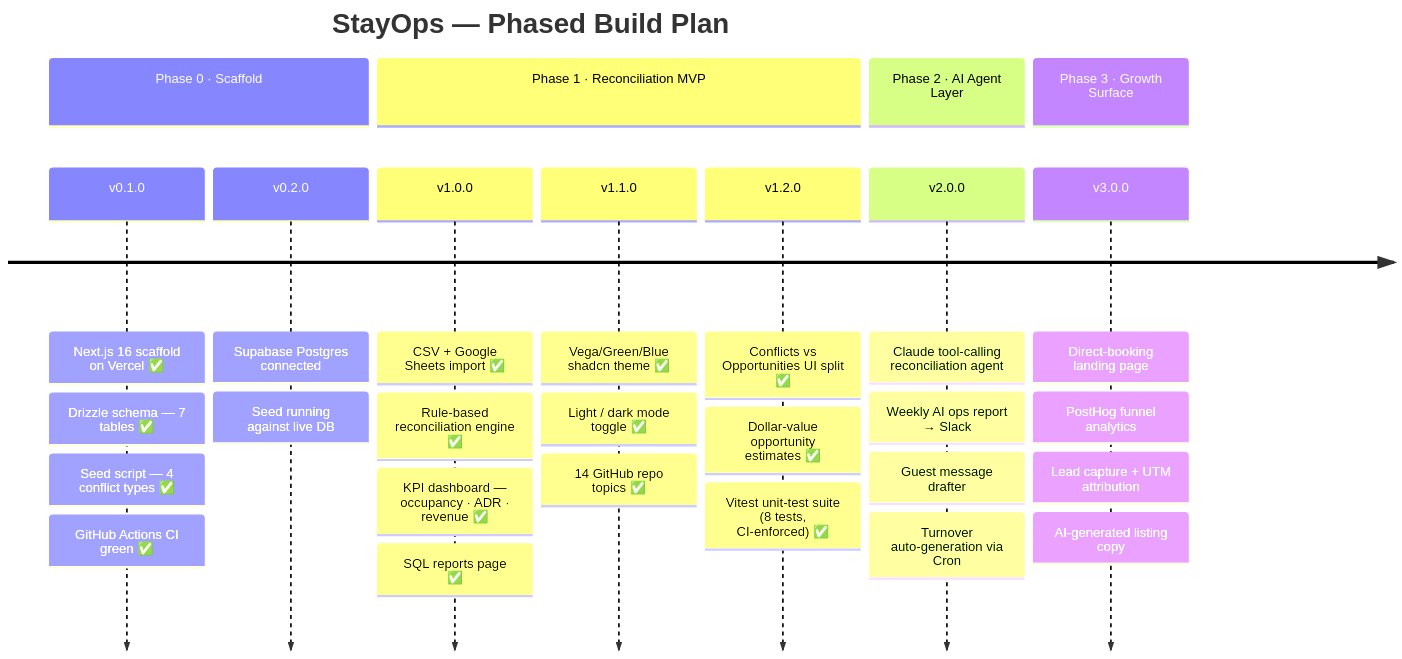
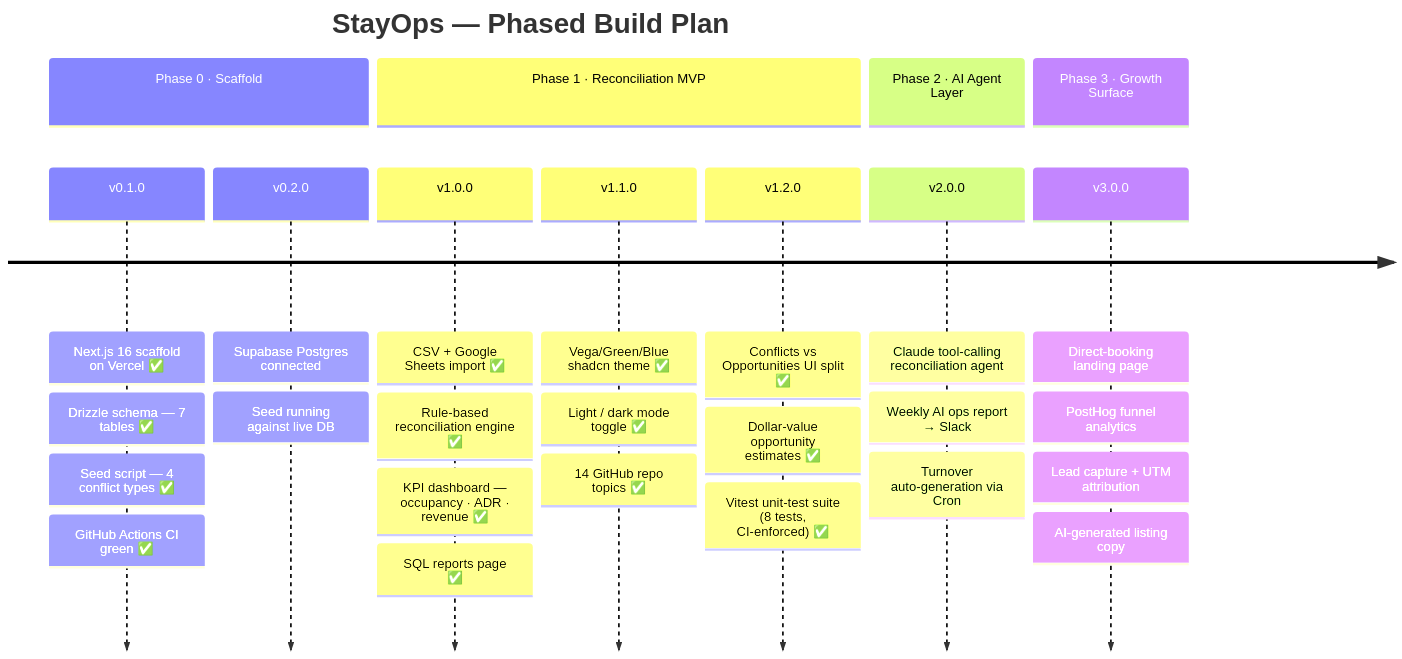
Before and after one commit to deepan-mehta-analytics/stayops: the second of 2 diagrams in README.md, drawn with Mermaid.

Commit message:
docs: closeout sweep — remove stale v2.0.0 feature, sync PROJECT-STATUS.md
README: remove 'Guest message drafter' from v2.0.0 Mermaid timeline (not in spec).
PROJECT-STATUS: update last-commit hash, add v1.1.0/v1.2.0 to roadmap,
add npm test + reset:flags to scripts table, Phase 2 notes updated with plan status.

````diff
--- a/README.md
+++ b/README.md
@@ -471,32 +471,31 @@
 ```mermaid
 timeline
     title StayOps — Phased Build Plan
     section Phase 0 · Scaffold
         v0.1.0 : Next.js 16 scaffold on Vercel ✅
                : Drizzle schema — 7 tables ✅
                : Seed script — 4 conflict types ✅
                : GitHub Actions CI green ✅
         v0.2.0 : Supabase Postgres connected
                : Seed running against live DB
     section Phase 1 · Reconciliation MVP
         v1.0.0 : CSV + Google Sheets import ✅
                : Rule-based reconciliation engine ✅
                : KPI dashboard — occupancy · ADR · revenue ✅
                : SQL reports page ✅
         v1.1.0 : Vega/Green/Blue shadcn theme ✅
                : Light / dark mode toggle ✅
                : 14 GitHub repo topics ✅
         v1.2.0 : Conflicts vs Opportunities UI split ✅
                : Dollar-value opportunity estimates ✅
                : Vitest unit-test suite (8 tests, CI-enforced) ✅
     section Phase 2 · AI Agent Layer
         v2.0.0 : Claude tool-calling reconciliation agent
                : Weekly AI ops report → Slack
-               : Guest message drafter
                : Turnover auto-generation via Cron
     section Phase 3 · Growth Surface
         v3.0.0 : Direct-booking landing page
                : PostHog funnel analytics
                : Lead capture + UTM attribution
                : AI-generated listing copy
 ```
````
